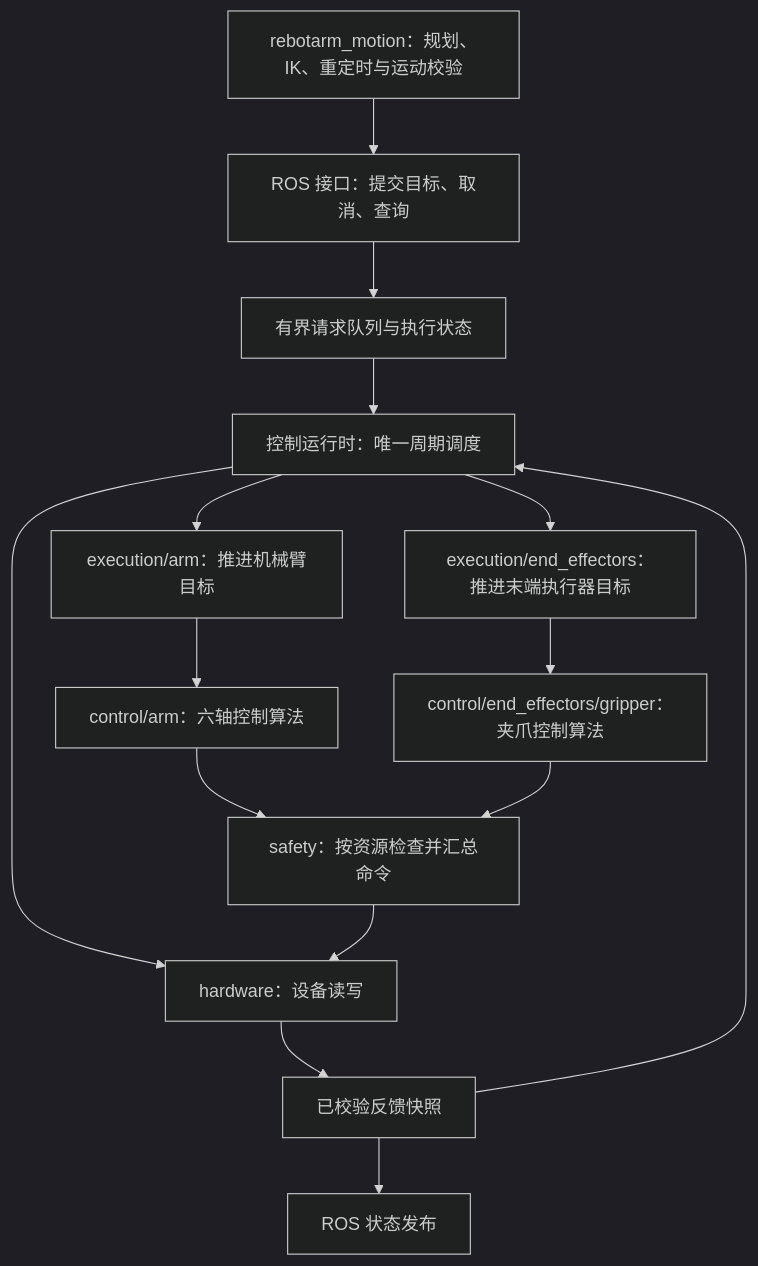
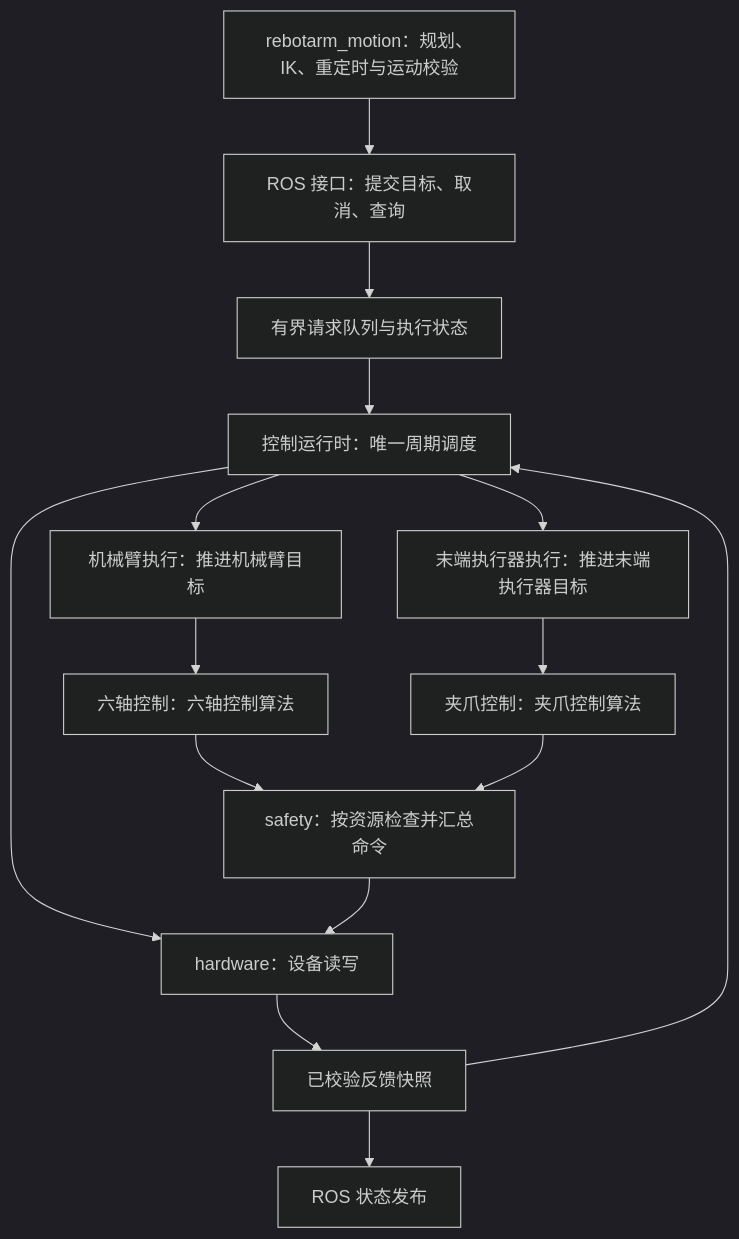
Before and after one commit to QingYuan-Chen/rebot_Arm: the diagram in docs/design/controller_refactor_plan.md, drawn with Mermaid (dark theme). The commit also changed other lines of this file and 24 other files, not shown here.

````diff
--- a/docs/design/controller_refactor_plan.md
+++ b/docs/design/controller_refactor_plan.md
@@ -78,17 +65,17 @@
 ```mermaid
 flowchart TD
     M[rebotarm_motion：规划、IK、重定时与运动校验] --> R[ROS 接口：提交目标、取消、查询]
     R --> Q[有界请求队列与执行状态]
     Q --> T[控制运行时：唯一周期调度]
     T --> H[hardware：设备读写]
     H --> F[已校验反馈快照]
     F --> T
     F --> P[ROS 状态发布]
-    T --> EA[execution/arm：推进机械臂目标]
-    T --> EE[execution/end_effectors：推进末端执行器目标]
-    EA --> CA[control/arm：六轴控制算法]
-    EE --> CE[control/end_effectors/gripper：夹爪控制算法]
+    T --> EA[机械臂执行：推进机械臂目标]
+    T --> EE[末端执行器执行：推进末端执行器目标]
+    EA --> CA[六轴控制：六轴控制算法]
+    EE --> CE[夹爪控制：夹爪控制算法]
     CA --> S[safety：按资源检查并汇总命令]
     CE --> S
     S --> H
 ```
````
